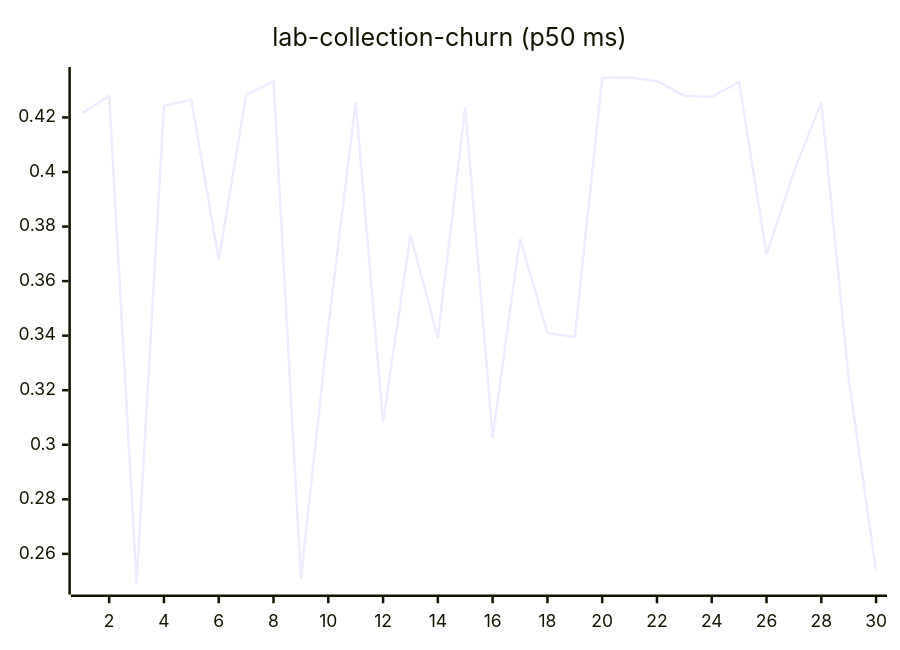
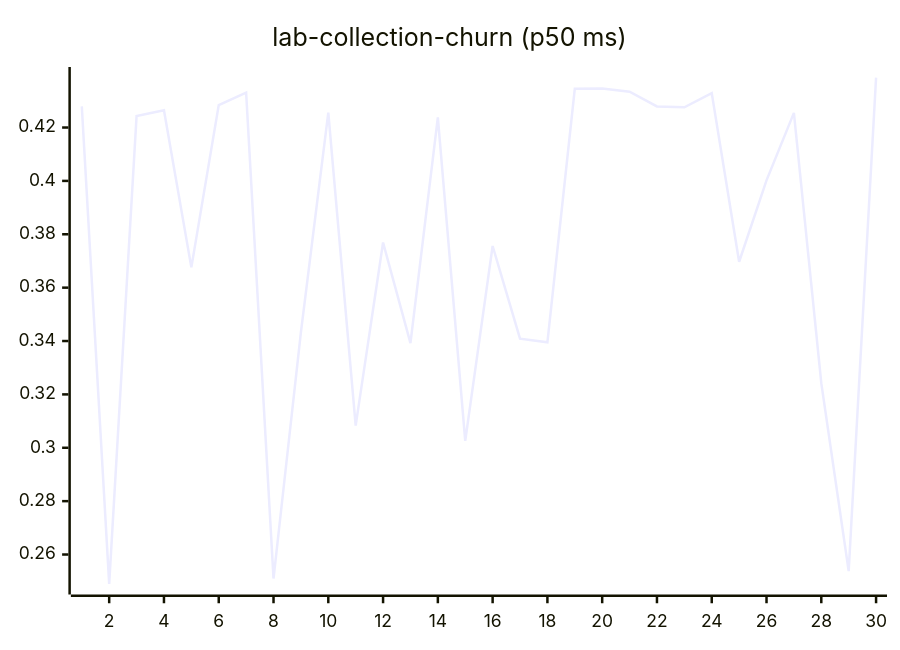
One commit to josha/Facet changed diagram 11 of 27 in README.md. Above: the diagram before and after it, drawn with Mermaid. The commit also changed other lines of this file and 2 other files, not shown here.

````diff
--- a/README.md
+++ b/README.md
@@ -133,6 +133,6 @@
 ```mermaid
 xychart-beta
     title "lab-collection-churn (p50 ms)"
     x-axis 1 --> 30
-    line [0.4215, 0.4279, 0.2490, 0.4243, 0.4265, 0.3676, 0.4284, 0.4331, 0.2510, 0.3432, 0.4256, 0.3083, 0.3769, 0.3392, 0.4238, 0.3026, 0.3756, 0.3409, 0.3395, 0.4345, 0.4346, 0.4334, 0.4279, 0.4276, 0.4329, 0.3697, 0.4002, 0.4255, 0.3242, 0.2538]
+    line [0.4279, 0.2490, 0.4243, 0.4265, 0.3676, 0.4284, 0.4331, 0.2510, 0.3432, 0.4256, 0.3083, 0.3769, 0.3392, 0.4238, 0.3026, 0.3756, 0.3409, 0.3395, 0.4345, 0.4346, 0.4334, 0.4279, 0.4276, 0.4329, 0.3697, 0.4002, 0.4255, 0.3242, 0.2538, 0.4387]
 ```
````
